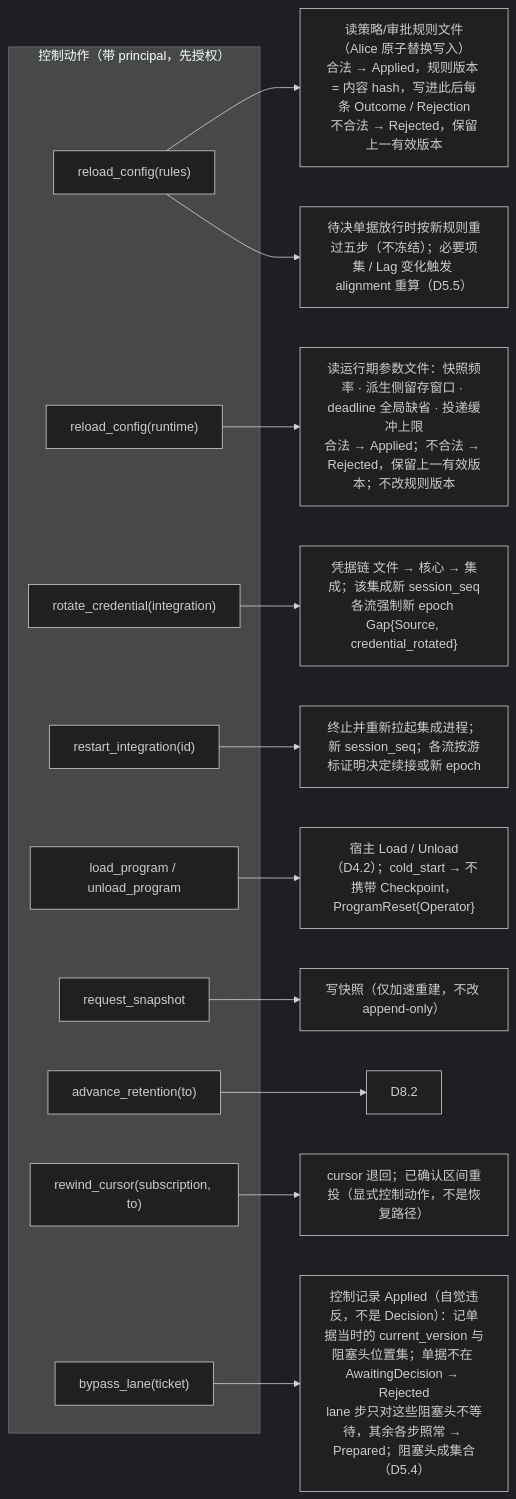
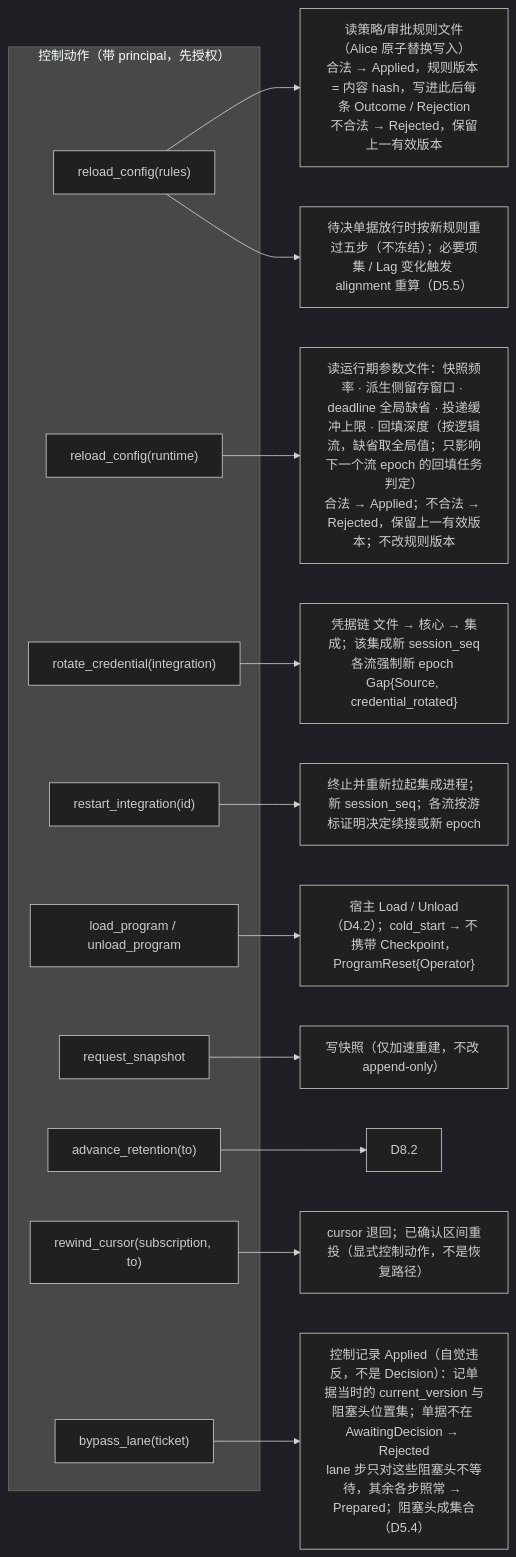
One commit to mouriya-s-lab/uta changed the fourth of 5 diagrams in design/diagrams/09-alice-session.md. Above: the diagram before and after it, drawn with Mermaid (dark theme). The commit also changed other lines of this file and 12 other files, not shown here.

````diff
--- a/design/diagrams/09-alice-session.md
+++ b/design/diagrams/09-alice-session.md
@@ -124,24 +127,24 @@
 ```mermaid
 flowchart LR
   subgraph ACT["控制动作（带 principal，先授权）"]
     A1["reload_config(rules)"]
     A1r["reload_config(runtime)"]
     A2["rotate_credential(integration)"]
     A3["restart_integration(id)"]
     A4["load_program / unload_program"]
     A5["request_snapshot"]
     A6["advance_retention(to)"]
     A7["rewind_cursor(subscription, to)"]
     A8["bypass_lane(ticket)"]
   end
   A1 --> F1["读策略/审批规则文件（Alice 原子替换写入）<br/>合法 → Applied，规则版本 = 内容 hash，写进此后每条 Outcome / Rejection<br/>不合法 → Rejected，保留上一有效版本"]
   A1 --> F1b["待决单据放行时按新规则重过五步（不冻结）；必要项集 / Lag 变化触发 alignment 重算（D5.5）"]
-  A1r --> F1c["读运行期参数文件：快照频率 · 派生侧留存窗口 · deadline 全局缺省 · 投递缓冲上限<br/>合法 → Applied；不合法 → Rejected，保留上一有效版本；不改规则版本"]
+  A1r --> F1c["读运行期参数文件：快照频率 · 派生侧留存窗口 · deadline 全局缺省 · 投递缓冲上限 · 回填深度（按逻辑流，缺省取全局值；只影响下一个流 epoch 的回填任务判定）<br/>合法 → Applied；不合法 → Rejected，保留上一有效版本；不改规则版本"]
   A2 --> F2["凭据链 文件 → 核心 → 集成；该集成新 session_seq<br/>各流强制新 epoch Gap{Source, credential_rotated}"]
   A3 --> F3["终止并重新拉起集成进程；新 session_seq；各流按游标证明决定续接或新 epoch"]
   A4 --> F4["宿主 Load / Unload（D4.2）；cold_start → 不携带 Checkpoint，ProgramReset{Operator}"]
   A5 --> F5["写快照（仅加速重建，不改 append-only）"]
   A6 --> F6["D8.2"]
   A7 --> F7["cursor 退回；已确认区间重投（显式控制动作，不是恢复路径）"]
   A8 --> F8["控制记录 Applied（自觉违反，不是 Decision）：记单据当时的 current_version 与阻塞头位置集；单据不在 AwaitingDecision → Rejected<br/>lane 步只对这些阻塞头不等待，其余各步照常 → Prepared；阻塞头成集合（D5.4）"]
 ```
````
